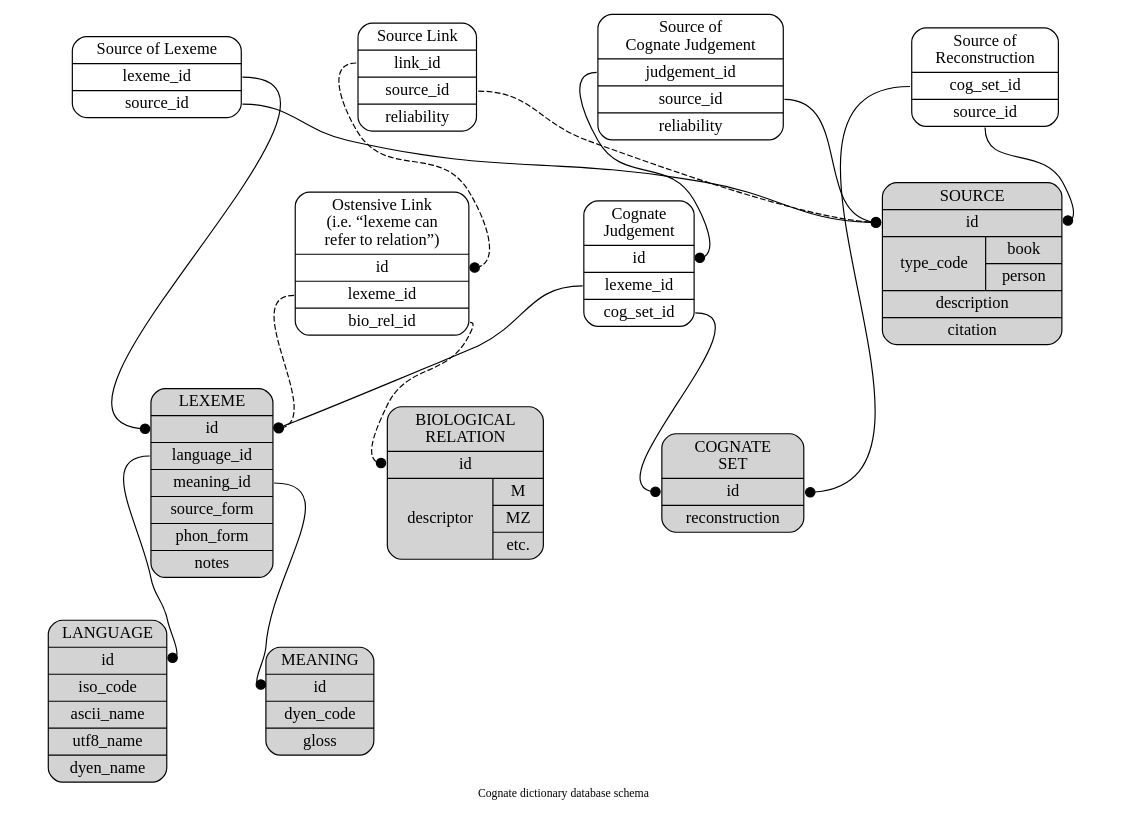
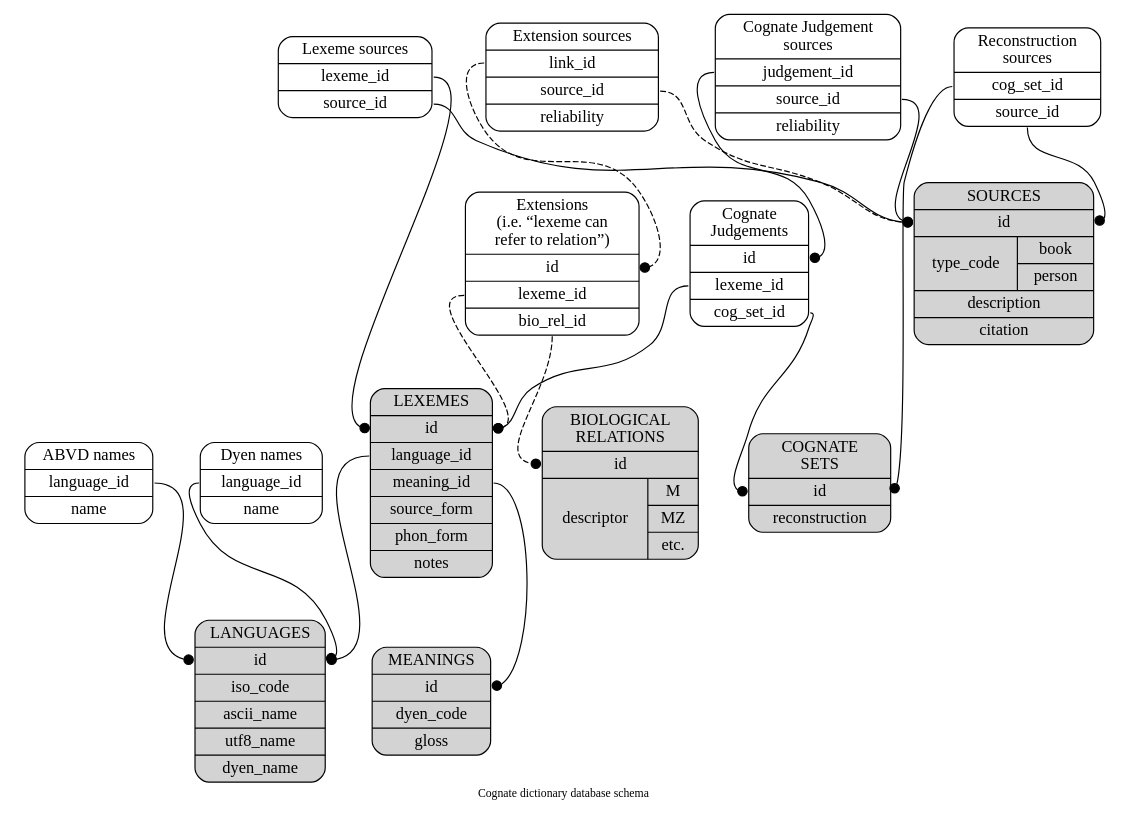
The diagram in database_structure.dot (lingdb/CoBL-public), drawn with Graphviz before and after one commit.

Commit message:
refactoring

```diff
--- a/database_structure.dot
+++ b/database_structure.dot
@@ -1,66 +1,73 @@
 digraph g { // neato -Tpdf -O database_structure.dot
   ordering=out;
   fontsize=10;
   overlap=scale;
   splines=true;
   sep=0.2;
   ratio=0.7;
   label="Cognate dictionary database schema";
   node [shape=Mrecord];
   edge [arrowhead=dot];
 
   lexeme [pos="2,3!",style=filled,
-	label="{LEXEME |<id> id |<lid> language_id |<mid> meaning_id | source_form | phon_form | notes }"];
+	label="{LEXEMES |<id> id |<lid> language_id |<mid> meaning_id | source_form | phon_form | notes }"];
   source [pos="7,3!",style=filled,
-	label="{SOURCE |<id> id |{type_code |{book | person}}| description | citation }"];
+	label="{SOURCES |<id> id |{type_code |{book | person}}| description | citation }"];
   meaning [pos="1,2!",style=filled,
-	label="{MEANING |<id> id | dyen_code | gloss }"];
+	label="{MEANINGS |<id> id | dyen_code | gloss }"];
   language [pos="1,4!",style=filled,
-	label="{LANGUAGE |<id> id | iso_code | ascii_name | utf8_name | dyen_name}"];
+	label="{LANGUAGES |<id> id | iso_code | ascii_name | utf8_name | dyen_name}"];
   cogset [pos="4,4!",style=filled,
-	label="{COGNATE\nSET |<id> id | reconstruction}"];
+	label="{COGNATE\nSETS |<id> id | reconstruction}"];
   biological [pos="4,1!",style=filled,
-	label="{BIOLOGICAL\nRELATION | <id> id |{descriptor |{M | MZ | etc.}}}"];
+	label="{BIOLOGICAL\nRELATIONS | <id> id |{descriptor |{M | MZ | etc.}}}"];
+  dyen_name [pos="0,4.5!",
+	label="{Dyen names |<lid> language_id | name}"];
+  abvd_name [pos="0,3.5!",
+	label="{ABVD names |<lid> language_id | name}"];
 
   // Many to many tables
   judgement [pos="3,4.5!",
-	label="{Cognate\nJudgement |<id> id |<fid> lexeme_id |<cid> cog_set_id}"];
+	label="{Cognate\nJudgements |<id> id |<fid> lexeme_id |<cid> cog_set_id}"];
   formsource [pos="5,3!",
-	label="{Source of Lexeme |<fid> lexeme_id |<sid> source_id}"];
+	label="{Lexeme sources |<fid> lexeme_id |<sid> source_id}"];
   judgesource [pos="5,5!",
-	label="{Source of\nCognate Judgement |<jid> judgement_id |<sid> source_id | reliability}"];
+	label="{Cognate Judgement\nsources |<jid> judgement_id |<sid> source_id | reliability}"];
   cogsource [pos="5,4!",
-	label="{Source of\nReconstruction |<cid> cog_set_id |<sid> source_id}"];
+	label="{Reconstruction\n sources |<cid> cog_set_id |<sid> source_id}"];
   formbio [pos="3,2!",
-	label="{Ostensive Link\n(i.e. “lexeme can\n  refer to relation”) |<id> id |<fid> lexeme_id |<bid> bio_rel_id}"];
+	label="{Extensions\n(i.e. “lexeme can\n  refer to relation”) |<id> id |<fid> lexeme_id |<bid> bio_rel_id}"];
   biosource [pos="5,2!",
-	label="{Source Link |<lid> link_id |<sid> source_id | reliability}"];
+	label="{Extension sources |<lid> link_id |<sid> source_id | reliability}"];
 
   // meaning [pos="1,1!"];	
   // language [pos="1,2!"];
   // lexeme [pos="2,1.5!"];
   // formsource [pos="4,1!"];
   // judgesource [pos="4.5,2.5!"];
   // cogsource [pos="5,1.5!"];
   // source [pos="6,1.5!"];
   // cogset [pos="4,1.5!"];
   // judgement [pos="3,2!"];
   // biological [pos="4,0!"];
   // formbio [pos="3,0.5!"];
 
   judgement:fid -> lexeme:id [weight=8]; 
   judgement:cid -> cogset:id [weight=8];
   formsource:fid -> lexeme:id;
   formsource:sid -> source:id;
   judgesource:jid -> judgement:id;
   judgesource:sid -> source:id;
   cogsource:cid -> cogset:id;
   cogsource:sid -> source:id;
   lexeme:lid -> language:id;
   lexeme:mid -> meaning:id;
 
   formbio:fid -> lexeme:id [style=dashed];
   formbio:bid -> biological:id [style=dashed];
   biosource:lid -> formbio:id [style=dashed];
   biosource:sid -> source:id [style=dashed];
+
+  dyen_name:lid -> language:id;
+  abvd_name:lid -> language:id;
 }
```
